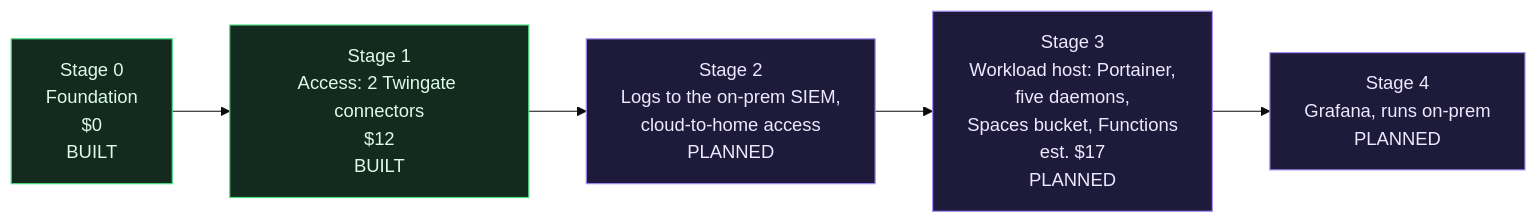
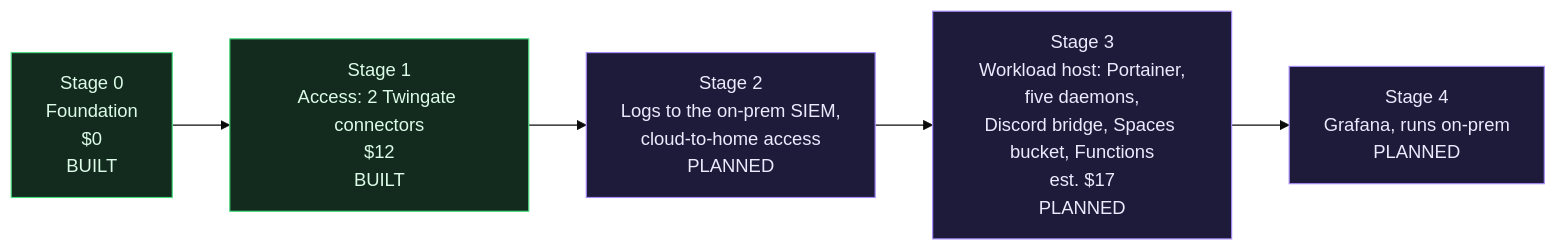
The diagram in docs/wiki/Roadmap.md (ChiefGyk3D/Clouds-Against-Humanity), drawn with Mermaid (base theme) before and after one commit. The commit also changed other lines of this file and 4 other files, not shown here.

Commit message:
docs: stage 3 draft, self-hosted mautrix-discord (Go) with Postgres and backups

````diff
--- a/docs/wiki/Roadmap.md
+++ b/docs/wiki/Roadmap.md
@@ -5,12 +5,12 @@
 ```mermaid
 flowchart LR
     s0["Stage 0<br/>Foundation<br/>$0<br/>BUILT"]:::done
     s1["Stage 1<br/>Access: 2 Twingate connectors<br/>$12<br/>BUILT"]:::done
     s2["Stage 2<br/>Logs to the on-prem SIEM,<br/>cloud-to-home access<br/>PLANNED"]:::plan
-    s3["Stage 3<br/>Workload host: Portainer,<br/>five daemons,<br/>Spaces bucket, Functions<br/>est. $17<br/>PLANNED"]:::plan
+    s3["Stage 3<br/>Workload host: Portainer,<br/>five daemons,<br/>Discord bridge, Spaces bucket, Functions<br/>est. $17<br/>PLANNED"]:::plan
     s4["Stage 4<br/>Grafana, runs on-prem<br/>PLANNED"]:::plan
     s0 --> s1 --> s2 --> s3 --> s4
 
     classDef done fill:#132a1f,stroke:#4ade80,color:#dcfce7
     classDef plan fill:#1e1b3a,stroke:#a78bfa,color:#ede9fe
 ```
````
